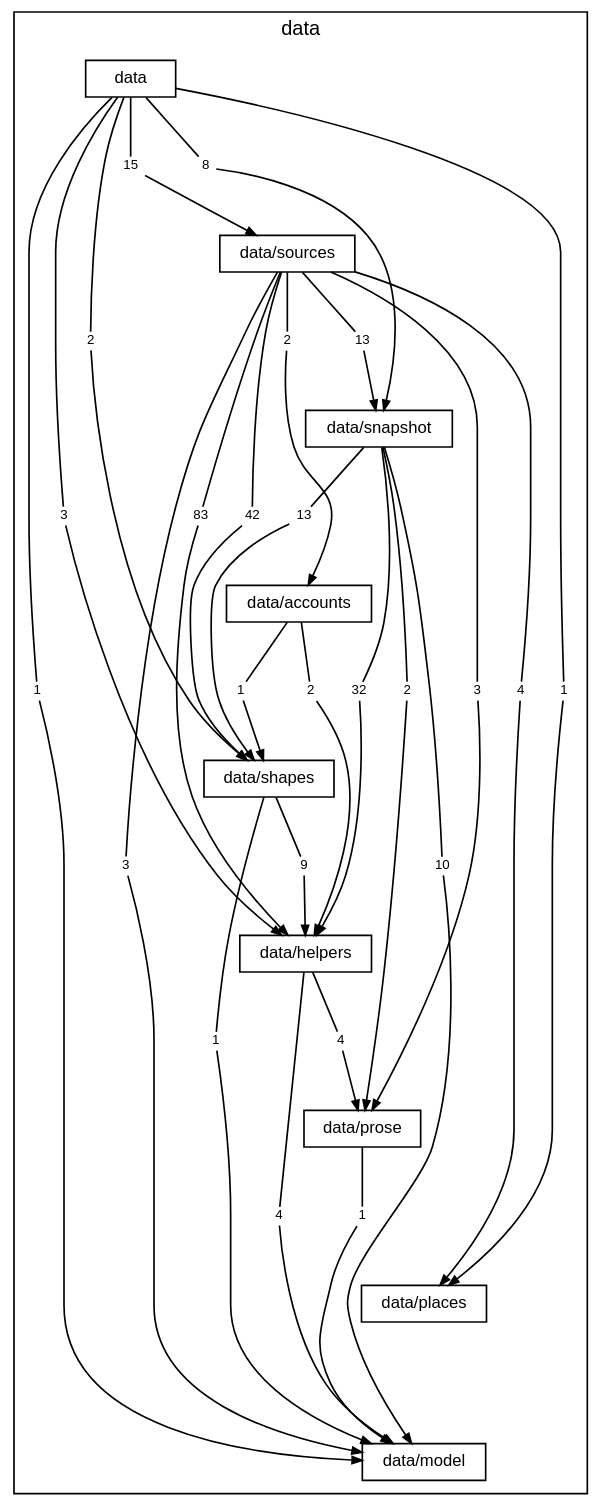
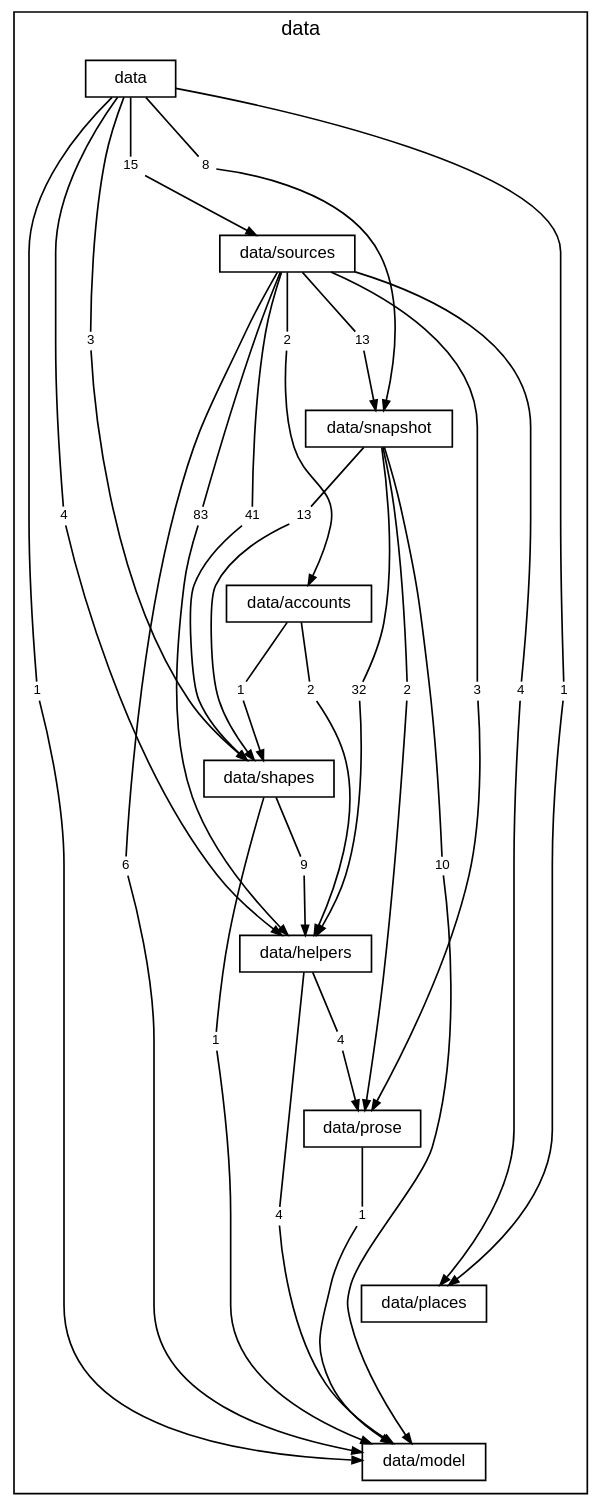
One commit to TheAxeC/oculus changed the diagram in docs/diagrams/layer-data.dot. Above: the diagram before and after it, drawn with Graphviz. The commit also changed 269 other files, not shown here.

```diff
--- a/docs/diagrams/layer-data.dot
+++ b/docs/diagrams/layer-data.dot
@@ -1,97 +1,97 @@
 digraph layer_data {
     graph [bgcolor="transparent", rankdir=TB, newrank=true, mclimit=4, fontname="Helvetica", fontsize=12, nodesep=0.2, ranksep=0.5];
     node [shape=box, color="black", fontcolor="black", fontname="Helvetica", fontsize=10, height=0.3, margin="0.12,0.04"];
     edge [color="black", fontcolor="black", fontname="Helvetica", fontsize=8, arrowsize=0.6];
     subgraph "cluster_data" {
         label="data"; style=solid;
         "folder data" [label="data"];
         "folder data/sources" [label="data/sources"];
         "folder data/snapshot" [label="data/snapshot"];
         "folder data/accounts" [label="data/accounts"];
         "folder data/shapes" [label="data/shapes"];
         "folder data/helpers" [label="data/helpers"];
         "folder data/prose" [label="data/prose"];
         "folder data/places" [label="data/places"];
         "folder data/model" [label="data/model"];
-        "folder data to folder data/helpers" [label="3", shape=box, color="transparent", fontsize=8, width=0, height=0, margin="0.04,0.02"];
+        "folder data to folder data/helpers" [label="4", shape=box, color="transparent", fontsize=8, width=0, height=0, margin="0.04,0.02"];
         "folder data to folder data/model" [label="1", shape=box, color="transparent", fontsize=8, width=0, height=0, margin="0.04,0.02"];
         "folder data to folder data/places" [label="1", shape=box, color="transparent", fontsize=8, width=0, height=0, margin="0.04,0.02"];
-        "folder data to folder data/shapes" [label="2", shape=box, color="transparent", fontsize=8, width=0, height=0, margin="0.04,0.02"];
+        "folder data to folder data/shapes" [label="3", shape=box, color="transparent", fontsize=8, width=0, height=0, margin="0.04,0.02"];
         "folder data to folder data/snapshot" [label="8", shape=box, color="transparent", fontsize=8, width=0, height=0, margin="0.04,0.02"];
         "folder data to folder data/sources" [label="15", shape=box, color="transparent", fontsize=8, width=0, height=0, margin="0.04,0.02"];
         "folder data/sources to folder data/accounts" [label="2", shape=box, color="transparent", fontsize=8, width=0, height=0, margin="0.04,0.02"];
         "folder data/sources to folder data/helpers" [label="83", shape=box, color="transparent", fontsize=8, width=0, height=0, margin="0.04,0.02"];
-        "folder data/sources to folder data/model" [label="3", shape=box, color="transparent", fontsize=8, width=0, height=0, margin="0.04,0.02"];
+        "folder data/sources to folder data/model" [label="6", shape=box, color="transparent", fontsize=8, width=0, height=0, margin="0.04,0.02"];
         "folder data/sources to folder data/places" [label="4", shape=box, color="transparent", fontsize=8, width=0, height=0, margin="0.04,0.02"];
         "folder data/sources to folder data/prose" [label="3", shape=box, color="transparent", fontsize=8, width=0, height=0, margin="0.04,0.02"];
-        "folder data/sources to folder data/shapes" [label="42", shape=box, color="transparent", fontsize=8, width=0, height=0, margin="0.04,0.02"];
+        "folder data/sources to folder data/shapes" [label="41", shape=box, color="transparent", fontsize=8, width=0, height=0, margin="0.04,0.02"];
         "folder data/sources to folder data/snapshot" [label="13", shape=box, color="transparent", fontsize=8, width=0, height=0, margin="0.04,0.02"];
         "folder data/snapshot to folder data/helpers" [label="32", shape=box, color="transparent", fontsize=8, width=0, height=0, margin="0.04,0.02"];
         "folder data/snapshot to folder data/model" [label="10", shape=box, color="transparent", fontsize=8, width=0, height=0, margin="0.04,0.02"];
         "folder data/snapshot to folder data/prose" [label="2", shape=box, color="transparent", fontsize=8, width=0, height=0, margin="0.04,0.02"];
         "folder data/snapshot to folder data/shapes" [label="13", shape=box, color="transparent", fontsize=8, width=0, height=0, margin="0.04,0.02"];
         "folder data/accounts to folder data/helpers" [label="2", shape=box, color="transparent", fontsize=8, width=0, height=0, margin="0.04,0.02"];
         "folder data/accounts to folder data/shapes" [label="1", shape=box, color="transparent", fontsize=8, width=0, height=0, margin="0.04,0.02"];
         "folder data/shapes to folder data/helpers" [label="9", shape=box, color="transparent", fontsize=8, width=0, height=0, margin="0.04,0.02"];
         "folder data/shapes to folder data/model" [label="1", shape=box, color="transparent", fontsize=8, width=0, height=0, margin="0.04,0.02"];
         "folder data/helpers to folder data/model" [label="4", shape=box, color="transparent", fontsize=8, width=0, height=0, margin="0.04,0.02"];
         "folder data/helpers to folder data/prose" [label="4", shape=box, color="transparent", fontsize=8, width=0, height=0, margin="0.04,0.02"];
         "folder data/prose to folder data/model" [label="1", shape=box, color="transparent", fontsize=8, width=0, height=0, margin="0.04,0.02"];
     }
     "folder data" -> "folder data/sources" [style=invis, weight=10, minlen=2];
     "folder data/sources" -> "folder data/snapshot" [style=invis, weight=10, minlen=2];
     "folder data/snapshot" -> "folder data/accounts" [style=invis, weight=10, minlen=2];
     "folder data/accounts" -> "folder data/shapes" [style=invis, weight=10, minlen=2];
     "folder data/shapes" -> "folder data/helpers" [style=invis, weight=10, minlen=2];
     "folder data/helpers" -> "folder data/prose" [style=invis, weight=10, minlen=2];
     "folder data/prose" -> "folder data/places" [style=invis, weight=10, minlen=2];
     "folder data/places" -> "folder data/model" [style=invis, weight=10, minlen=2];
     "folder data" -> "folder data to folder data/helpers" [arrowhead=none, minlen=5, weight=10];
     "folder data to folder data/helpers" -> "folder data/helpers" [];
     "folder data" -> "folder data to folder data/model" [arrowhead=none, minlen=7, weight=10];
     "folder data to folder data/model" -> "folder data/model" [];
     "folder data" -> "folder data to folder data/places" [arrowhead=none, minlen=7, weight=10];
     "folder data to folder data/places" -> "folder data/places" [];
     "folder data" -> "folder data to folder data/shapes" [arrowhead=none, minlen=3, weight=10];
     "folder data to folder data/shapes" -> "folder data/shapes" [];
     "folder data" -> "folder data to folder data/snapshot" [arrowhead=none, minlen=1, weight=10];
     "folder data to folder data/snapshot" -> "folder data/snapshot" [];
     "folder data" -> "folder data to folder data/sources" [arrowhead=none, minlen=1, weight=10];
     "folder data to folder data/sources" -> "folder data/sources" [];
     "folder data/sources" -> "folder data/sources to folder data/accounts" [arrowhead=none, minlen=1, weight=10];
     "folder data/sources to folder data/accounts" -> "folder data/accounts" [];
     "folder data/sources" -> "folder data/sources to folder data/helpers" [arrowhead=none, minlen=3, weight=10];
     "folder data/sources to folder data/helpers" -> "folder data/helpers" [];
     "folder data/sources" -> "folder data/sources to folder data/model" [arrowhead=none, minlen=7, weight=10];
     "folder data/sources to folder data/model" -> "folder data/model" [];
     "folder data/sources" -> "folder data/sources to folder data/places" [arrowhead=none, minlen=5, weight=10];
     "folder data/sources to folder data/places" -> "folder data/places" [];
     "folder data/sources" -> "folder data/sources to folder data/prose" [arrowhead=none, minlen=5, weight=10];
     "folder data/sources to folder data/prose" -> "folder data/prose" [];
     "folder data/sources" -> "folder data/sources to folder data/shapes" [arrowhead=none, minlen=3, weight=10];
     "folder data/sources to folder data/shapes" -> "folder data/shapes" [];
     "folder data/sources" -> "folder data/sources to folder data/snapshot" [arrowhead=none, minlen=1, weight=10];
     "folder data/sources to folder data/snapshot" -> "folder data/snapshot" [];
     "folder data/snapshot" -> "folder data/snapshot to folder data/helpers" [arrowhead=none, minlen=3, weight=10];
     "folder data/snapshot to folder data/helpers" -> "folder data/helpers" [];
     "folder data/snapshot" -> "folder data/snapshot to folder data/model" [arrowhead=none, minlen=5, weight=10];
     "folder data/snapshot to folder data/model" -> "folder data/model" [];
     "folder data/snapshot" -> "folder data/snapshot to folder data/prose" [arrowhead=none, minlen=3, weight=10];
     "folder data/snapshot to folder data/prose" -> "folder data/prose" [];
     "folder data/snapshot" -> "folder data/snapshot to folder data/shapes" [arrowhead=none, minlen=1, weight=10];
     "folder data/snapshot to folder data/shapes" -> "folder data/shapes" [];
     "folder data/accounts" -> "folder data/accounts to folder data/helpers" [arrowhead=none, minlen=1, weight=10];
     "folder data/accounts to folder data/helpers" -> "folder data/helpers" [];
     "folder data/accounts" -> "folder data/accounts to folder data/shapes" [arrowhead=none, minlen=1, weight=10];
     "folder data/accounts to folder data/shapes" -> "folder data/shapes" [];
     "folder data/shapes" -> "folder data/shapes to folder data/helpers" [arrowhead=none, minlen=1, weight=10];
     "folder data/shapes to folder data/helpers" -> "folder data/helpers" [];
     "folder data/shapes" -> "folder data/shapes to folder data/model" [arrowhead=none, minlen=3, weight=10];
     "folder data/shapes to folder data/model" -> "folder data/model" [];
     "folder data/helpers" -> "folder data/helpers to folder data/model" [arrowhead=none, minlen=3, weight=10];
     "folder data/helpers to folder data/model" -> "folder data/model" [];
     "folder data/helpers" -> "folder data/helpers to folder data/prose" [arrowhead=none, minlen=1, weight=10];
     "folder data/helpers to folder data/prose" -> "folder data/prose" [];
     "folder data/prose" -> "folder data/prose to folder data/model" [arrowhead=none, minlen=1, weight=10];
     "folder data/prose to folder data/model" -> "folder data/model" [];
 }
```
